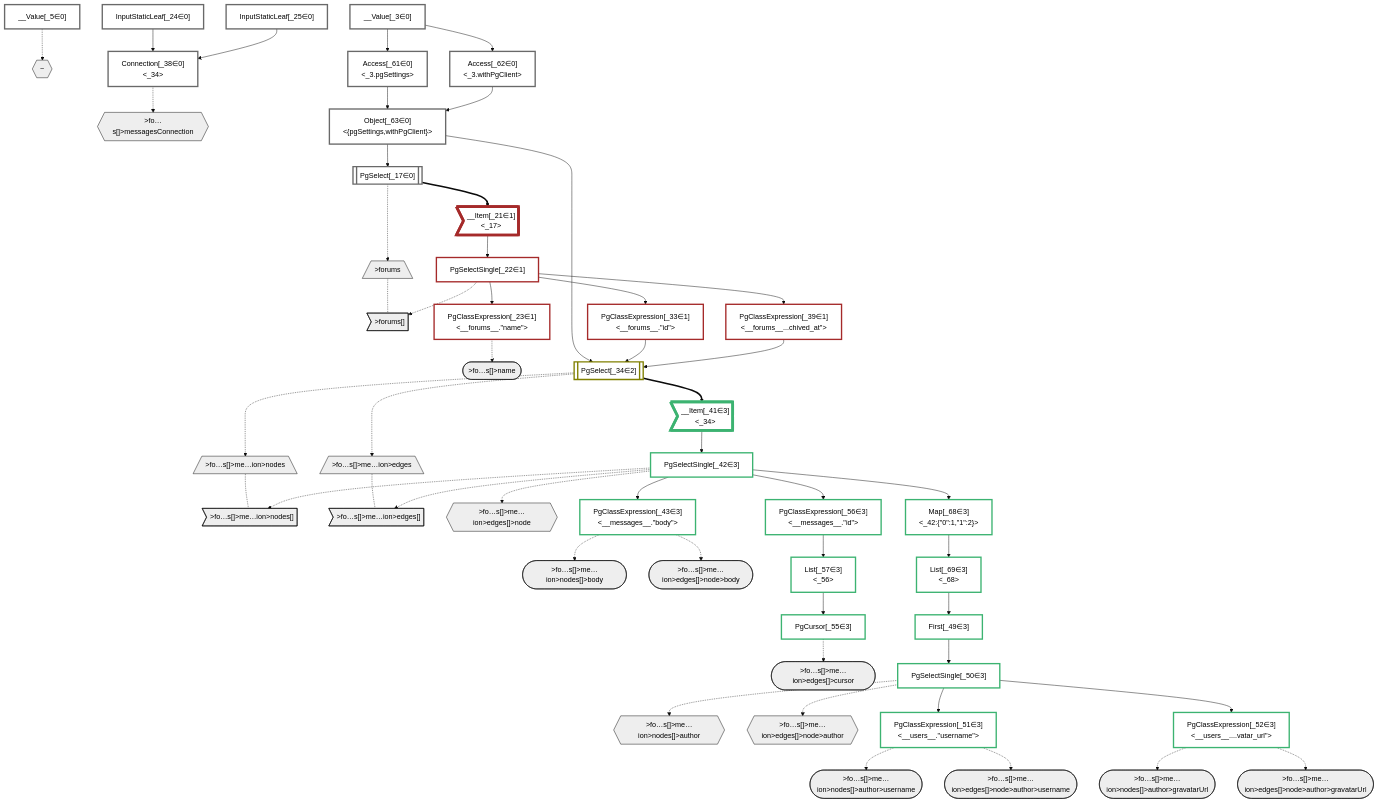
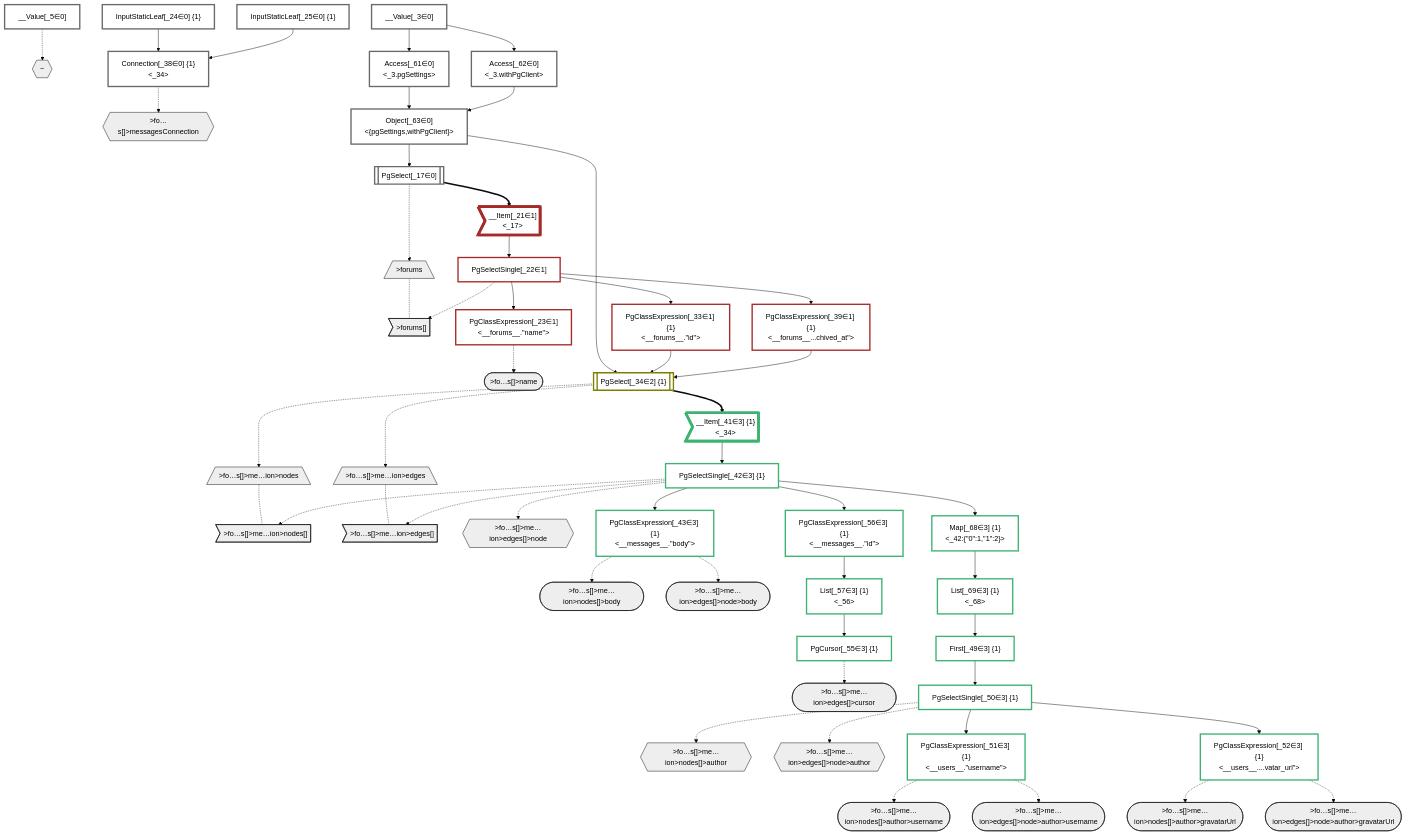
Before and after one commit to graphile/crystal: the diagram in packages/dataplan-pg/__tests__/queries/conditions/archived-forum-inherited-messages.defer-1.mermaid.md, drawn with Mermaid (base theme). The commit also changed 46 other files, not shown here.

Commit message:
Add groupIds to plan graphs

```diff
--- a/packages/dataplan-pg/__tests__/queries/conditions/archived-forum-inherited-messages.defer-1.mermaid.md
+++ b/packages/dataplan-pg/__tests__/queries/conditions/archived-forum-inherited-messages.defer-1.mermaid.md
@@ -52,27 +52,27 @@
     __Item_21>"__Item[_21∈1]<br /><_17>"]:::itemplan
     PgSelectSingle_22["PgSelectSingle[_22∈1]<br /><forums>"]:::plan
     PgClassExpression_23["PgClassExpression[_23∈1]<br /><__forums__.#quot;name#quot;>"]:::plan
-    InputStaticLeaf_24["InputStaticLeaf[_24∈0]"]:::plan
-    InputStaticLeaf_25["InputStaticLeaf[_25∈0]"]:::plan
-    PgClassExpression_33["PgClassExpression[_33∈1]<br /><__forums__.#quot;id#quot;>"]:::plan
-    PgSelect_34[["PgSelect[_34∈2]<br /><messages>"]]:::plan
-    Connection_38["Connection[_38∈0]<br /><_34>"]:::plan
-    PgClassExpression_39["PgClassExpression[_39∈1]<br /><__forums__...chived_at#quot;>"]:::plan
-    __Item_41>"__Item[_41∈3]<br /><_34>"]:::itemplan
-    PgSelectSingle_42["PgSelectSingle[_42∈3]<br /><messages>"]:::plan
-    PgClassExpression_43["PgClassExpression[_43∈3]<br /><__messages__.#quot;body#quot;>"]:::plan
-    First_49["First[_49∈3]"]:::plan
-    PgSelectSingle_50["PgSelectSingle[_50∈3]<br /><users>"]:::plan
-    PgClassExpression_51["PgClassExpression[_51∈3]<br /><__users__.#quot;username#quot;>"]:::plan
-    PgClassExpression_52["PgClassExpression[_52∈3]<br /><__users__....vatar_url#quot;>"]:::plan
-    PgCursor_55["PgCursor[_55∈3]"]:::plan
-    PgClassExpression_56["PgClassExpression[_56∈3]<br /><__messages__.#quot;id#quot;>"]:::plan
-    List_57["List[_57∈3]<br /><_56>"]:::plan
+    InputStaticLeaf_24["InputStaticLeaf[_24∈0] {1}"]:::plan
+    InputStaticLeaf_25["InputStaticLeaf[_25∈0] {1}"]:::plan
+    PgClassExpression_33["PgClassExpression[_33∈1] {1}<br /><__forums__.#quot;id#quot;>"]:::plan
+    PgSelect_34[["PgSelect[_34∈2] {1}<br /><messages>"]]:::plan
+    Connection_38["Connection[_38∈0] {1}<br /><_34>"]:::plan
+    PgClassExpression_39["PgClassExpression[_39∈1] {1}<br /><__forums__...chived_at#quot;>"]:::plan
+    __Item_41>"__Item[_41∈3] {1}<br /><_34>"]:::itemplan
+    PgSelectSingle_42["PgSelectSingle[_42∈3] {1}<br /><messages>"]:::plan
+    PgClassExpression_43["PgClassExpression[_43∈3] {1}<br /><__messages__.#quot;body#quot;>"]:::plan
+    First_49["First[_49∈3] {1}"]:::plan
+    PgSelectSingle_50["PgSelectSingle[_50∈3] {1}<br /><users>"]:::plan
+    PgClassExpression_51["PgClassExpression[_51∈3] {1}<br /><__users__.#quot;username#quot;>"]:::plan
+    PgClassExpression_52["PgClassExpression[_52∈3] {1}<br /><__users__....vatar_url#quot;>"]:::plan
+    PgCursor_55["PgCursor[_55∈3] {1}"]:::plan
+    PgClassExpression_56["PgClassExpression[_56∈3] {1}<br /><__messages__.#quot;id#quot;>"]:::plan
+    List_57["List[_57∈3] {1}<br /><_56>"]:::plan
     Access_61["Access[_61∈0]<br /><_3.pgSettings>"]:::plan
     Access_62["Access[_62∈0]<br /><_3.withPgClient>"]:::plan
     Object_63["Object[_63∈0]<br /><{pgSettings,withPgClient}>"]:::plan
-    Map_68["Map[_68∈3]<br /><_42:{#quot;0#quot;:1,#quot;1#quot;:2}>"]:::plan
-    List_69["List[_69∈3]<br /><_68>"]:::plan
+    Map_68["Map[_68∈3] {1}<br /><_42:{#quot;0#quot;:1,#quot;1#quot;:2}>"]:::plan
+    List_69["List[_69∈3] {1}<br /><_68>"]:::plan
 
     %% plan dependencies
     Object_63 --> PgSelect_17
```
